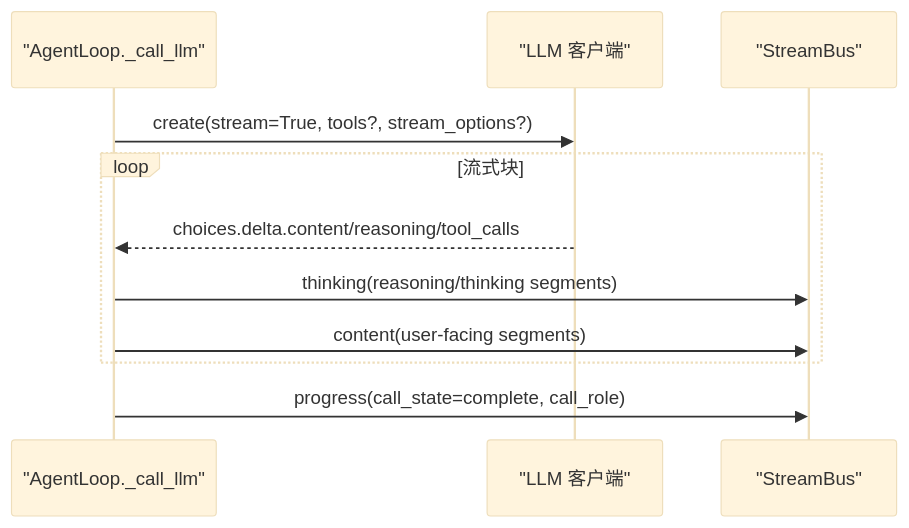
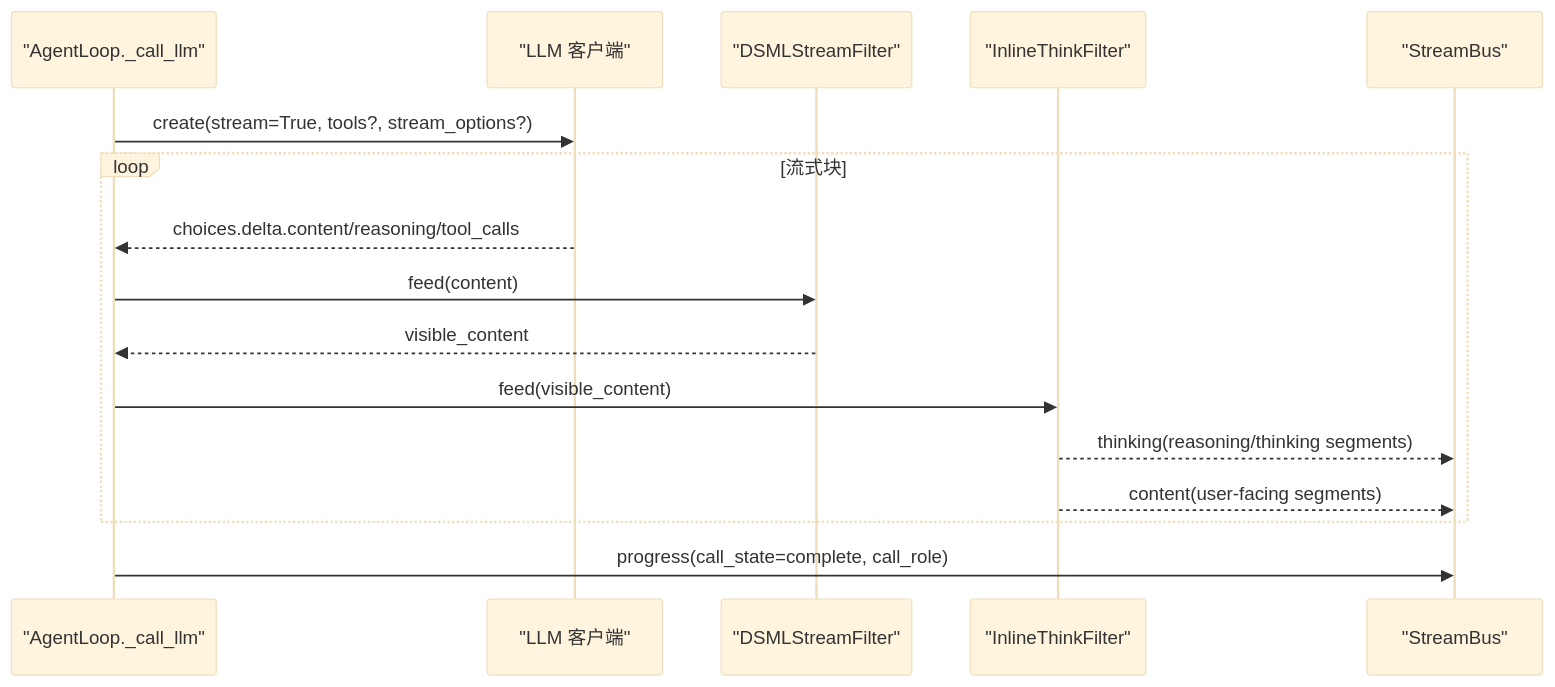
Before and after one commit to gongzili456/DeepTutor: the eighth of 9 diagrams in .qoder/repowiki/zh/content/智能体系统/聊天智能体.md, drawn with Mermaid (base theme). The commit also changed other lines of this file and 821 other files, not shown here.

````diff
--- a/.qoder/repowiki/zh/content/智能体系统/聊天智能体.md
+++ b/.qoder/repowiki/zh/content/智能体系统/聊天智能体.md
@@ -257,13 +321,18 @@
 ```mermaid
 sequenceDiagram
 participant L as "AgentLoop._call_llm"
 participant M as "LLM 客户端"
+participant DF as "DSMLStreamFilter"
+participant IF as "InlineThinkFilter"
 participant S as "StreamBus"
 L->>M : create(stream=True, tools?, stream_options?)
 loop 流式块
 M-->>L : choices.delta.content/reasoning/tool_calls
-L->>S : thinking(reasoning/thinking segments)
-L->>S : content(user-facing segments)
+L->>DF : feed(content)
+DF-->>L : visible_content
+L->>IF : feed(visible_content)
+IF-->>S : thinking(reasoning/thinking segments)
+IF-->>S : content(user-facing segments)
 end
 L->>S : progress(call_state=complete, call_role)
 ```
````
